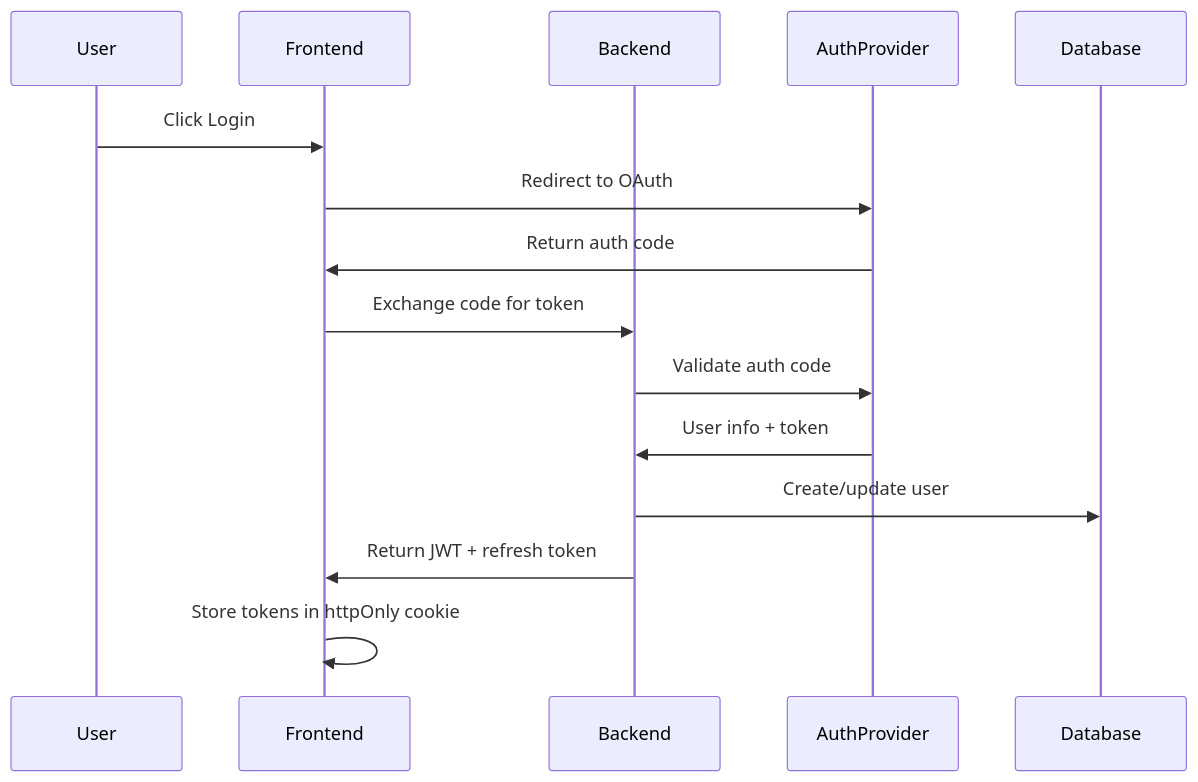
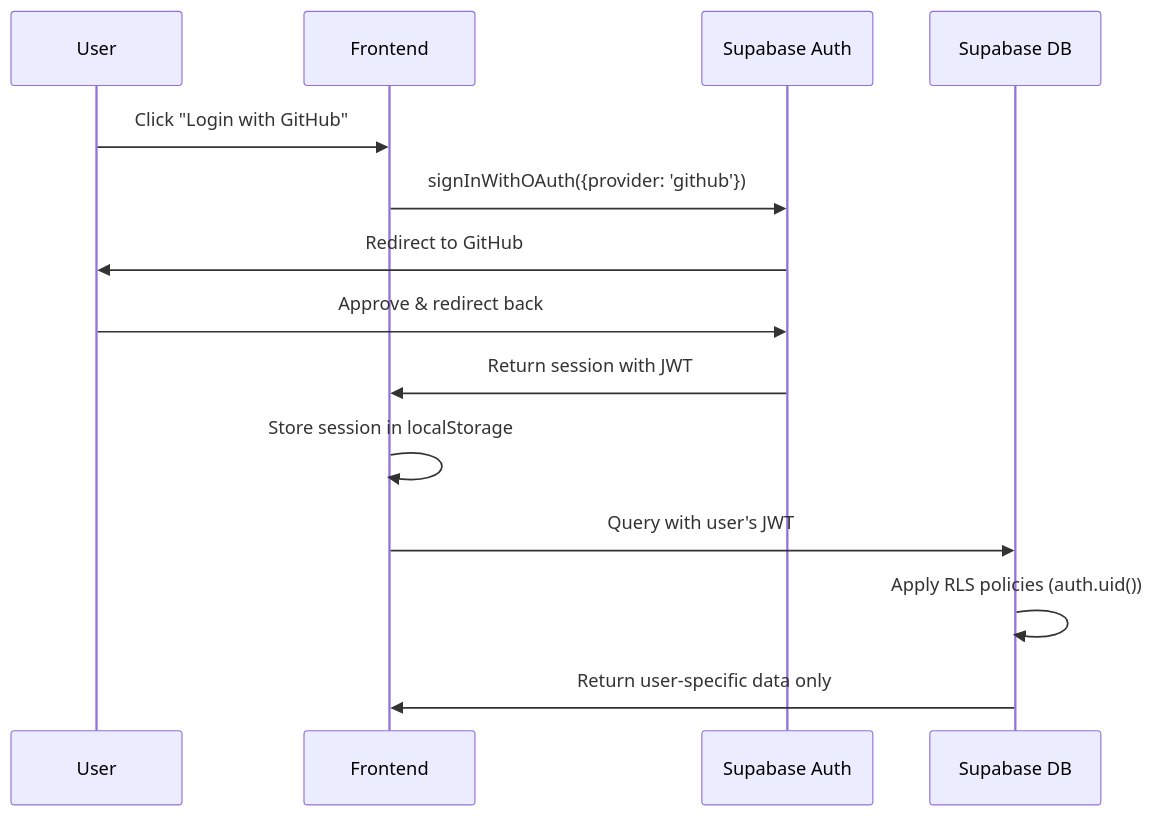
One commit to nsasto/felix changed the second of 4 diagrams in PRODUCTION-TODO.md. Above: the diagram before and after it, drawn with Mermaid. The commit also changed other lines of this file, not shown here.

Commit message:
Implement initial structure for code changes

````diff
--- a/PRODUCTION-TODO.md
+++ b/PRODUCTION-TODO.md
@@ -78,18 +98,17 @@
 ```mermaid
 sequenceDiagram
     participant User
     participant Frontend
-    participant Backend
-    participant AuthProvider
-    participant Database
+    participant Supabase Auth
+    participant Supabase DB
     
-    User->>Frontend: Click Login
-    Frontend->>AuthProvider: Redirect to OAuth
-    AuthProvider->>Frontend: Return auth code
-    Frontend->>Backend: Exchange code for token
-    Backend->>AuthProvider: Validate auth code
-    AuthProvider->>Backend: User info + token
-    Backend->>Database: Create/update user
-    Backend->>Frontend: Return JWT + refresh token
-    Frontend->>Frontend: Store tokens in httpOnly cookie
+    User->>Frontend: Click "Login with GitHub"
+    Frontend->>Supabase Auth: signInWithOAuth({provider: 'github'})
+    Supabase Auth->>User: Redirect to GitHub
+    User->>Supabase Auth: Approve & redirect back
+    Supabase Auth->>Frontend: Return session with JWT
+    Frontend->>Frontend: Store session in localStorage
+    Frontend->>Supabase DB: Query with user's JWT
+    Supabase DB->>Supabase DB: Apply RLS policies (auth.uid())
+    Supabase DB->>Frontend: Return user-specific data only
 ```
````
